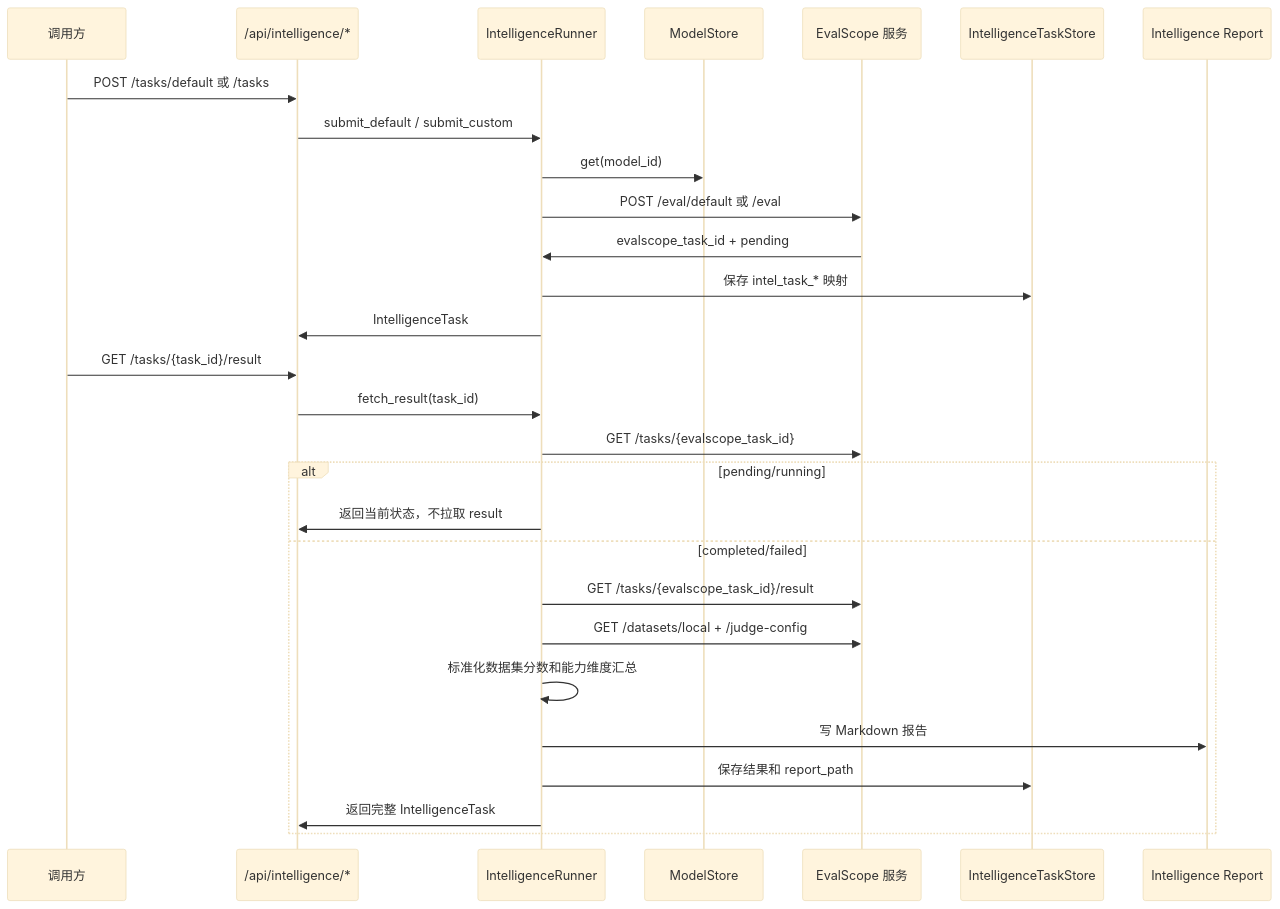
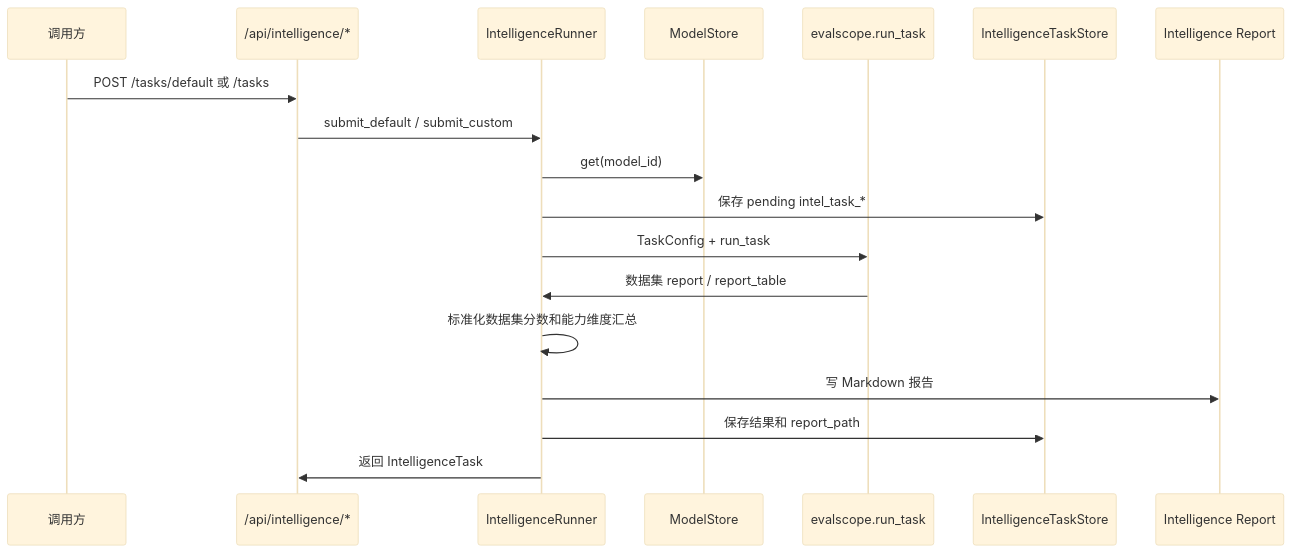
Before and after one commit to youzi211/LLM_Benchmark: the second of 5 diagrams in docs/architecture.md, drawn with Mermaid (base theme). The commit also changed other lines of this file and 66 other files, not shown here.

````diff
--- a/docs/architecture.md
+++ b/docs/architecture.md
@@ -167,31 +188,21 @@
 ```mermaid
 sequenceDiagram
     participant C as 调用方
     participant API as /api/intelligence/*
     participant R as IntelligenceRunner
     participant MS as ModelStore
-    participant ES as EvalScope 服务
+    participant ES as evalscope.run_task
     participant ITS as IntelligenceTaskStore
     participant IR as Intelligence Report
 
     C->>API: POST /tasks/default 或 /tasks
     API->>R: submit_default / submit_custom
     R->>MS: get(model_id)
-    R->>ES: POST /eval/default 或 /eval
-    ES->>R: evalscope_task_id + pending
-    R->>ITS: 保存 intel_task_* 映射
-    R->>API: IntelligenceTask
-    C->>API: GET /tasks/{task_id}/result
-    API->>R: fetch_result(task_id)
-    R->>ES: GET /tasks/{evalscope_task_id}
-    alt pending/running
-        R->>API: 返回当前状态，不拉取 result
-    else completed/failed
-        R->>ES: GET /tasks/{evalscope_task_id}/result
-        R->>ES: GET /datasets/local + /judge-config
-        R->>R: 标准化数据集分数和能力维度汇总
-        R->>IR: 写 Markdown 报告
-        R->>ITS: 保存结果和 report_path
-        R->>API: 返回完整 IntelligenceTask
-    end
+    R->>ITS: 保存 pending intel_task_*
+    R->>ES: TaskConfig + run_task
+    ES->>R: 数据集 report / report_table
+    R->>R: 标准化数据集分数和能力维度汇总
+    R->>IR: 写 Markdown 报告
+    R->>ITS: 保存结果和 report_path
+    R->>API: 返回 IntelligenceTask
 ```
````
